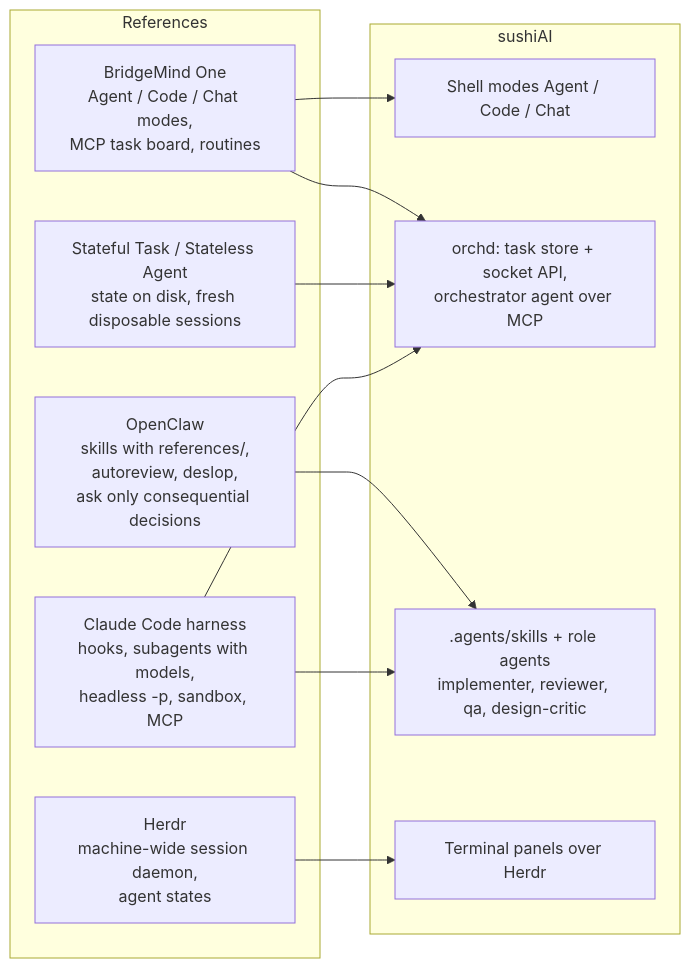
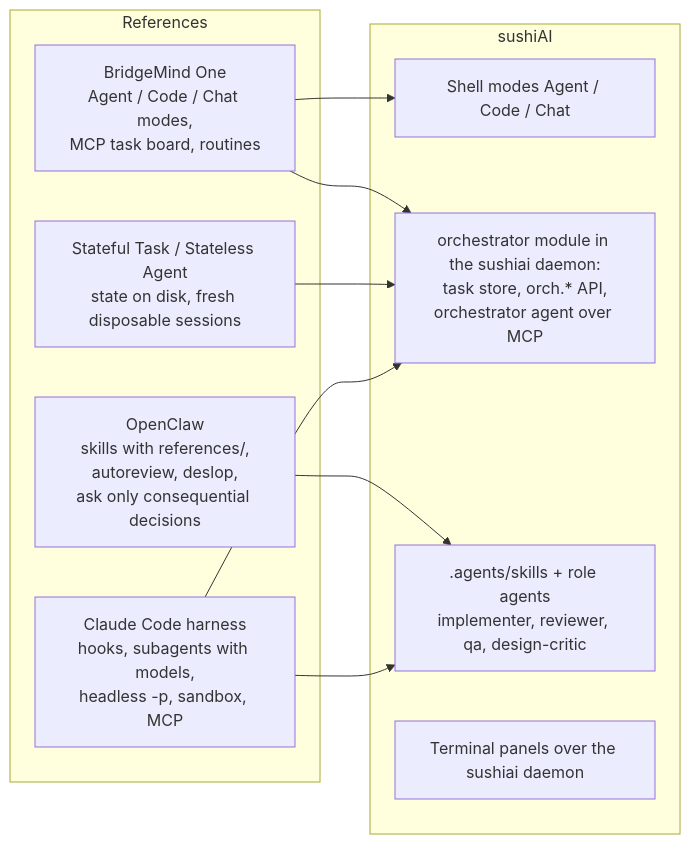
Before and after one commit to sushi-killer/sushiAI: the sixth of 6 diagrams in docs/architecture.md, drawn with Mermaid. The commit also changed other lines of this file and 691 other files, not shown here.

First line of the commit message:
feat!: replace Herdr with the sushiai daemon, orchestrator module and plugin API (#32)

````diff
--- a/docs/architecture.md
+++ b/docs/architecture.md
@@ -338,23 +354,21 @@
 ```mermaid
 flowchart LR
   subgraph refs["References"]
     bm["BridgeMind One<br/>Agent / Code / Chat modes,<br/>MCP task board, routines"]
     oc["OpenClaw<br/>skills with references/,<br/>autoreview, deslop,<br/>ask only consequential decisions"]
     stsa["Stateful Task / Stateless Agent<br/>state on disk, fresh disposable sessions"]
     cc["Claude Code harness<br/>hooks, subagents with models,<br/>headless -p, sandbox, MCP"]
-    hd["Herdr<br/>machine-wide session daemon,<br/>agent states"]
   end
   subgraph ours["sushiAI"]
     modes["Shell modes Agent / Code / Chat"]
-    orchdN["orchd: task store + socket API,<br/>orchestrator agent over MCP"]
+    orchdN["orchestrator module in the sushiai daemon:<br/>task store, orch.* API,<br/>orchestrator agent over MCP"]
     skills[".agents/skills + role agents<br/>implementer, reviewer, qa, design-critic"]
-    sessions["Terminal panels over Herdr"]
+    sessions["Terminal panels over the sushiai daemon"]
   end
   bm --> modes
   bm --> orchdN
   stsa --> orchdN
   cc --> orchdN
   oc --> skills
   cc --> skills
-  hd --> sessions
 ```
````
